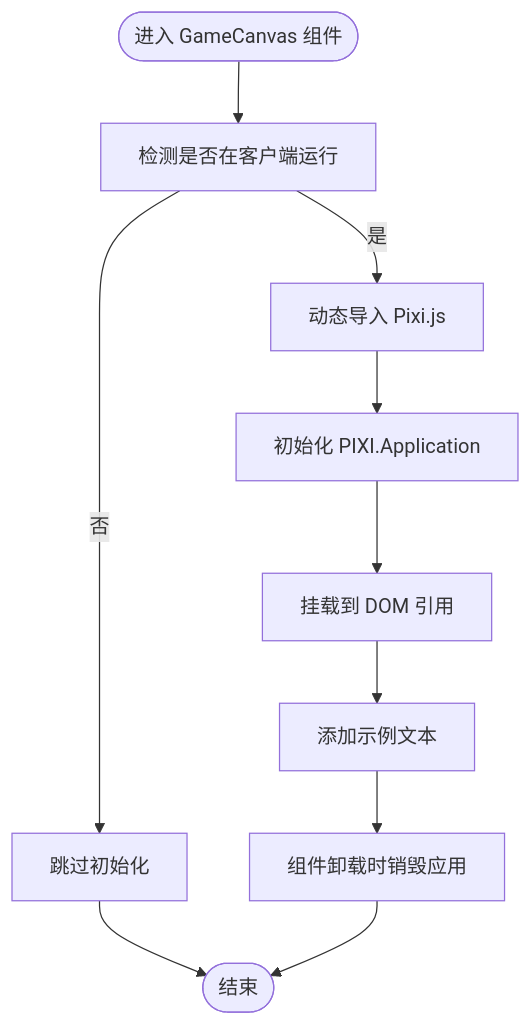
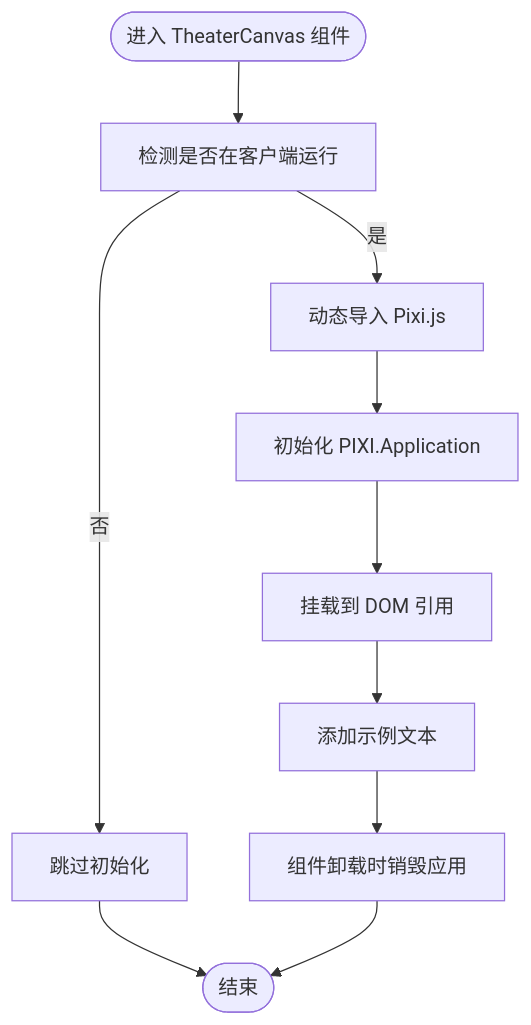
One commit to KunLabAI/KunFlix changed the third of 6 diagrams in .qoder/repowiki/zh/content/前端开发指南/Next.js 应用架构.md. Above: the diagram before and after it, drawn with Mermaid. The commit also changed other lines of this file and 112 other files, not shown here.

````diff
--- a/.qoder/repowiki/zh/content/前端开发指南/Next.js 应用架构.md
+++ b/.qoder/repowiki/zh/content/前端开发指南/Next.js 应用架构.md
@@ -158,12 +158,12 @@
 ```mermaid
 flowchart TD
-Start(["进入 GameCanvas 组件"]) --> CheckSSR["检测是否在客户端运行"]
+Start(["进入 TheaterCanvas 组件"]) --> CheckSSR["检测是否在客户端运行"]
 CheckSSR --> |否| Skip["跳过初始化"]
 CheckSSR --> |是| DynamicImport["动态导入 Pixi.js"]
 DynamicImport --> InitApp["初始化 PIXI.Application"]
 InitApp --> Mount["挂载到 DOM 引用"]
 Mount --> RenderText["添加示例文本"]
 RenderText --> Cleanup["组件卸载时销毁应用"]
 Skip --> End(["结束"])
 Cleanup --> End
 ```
````
